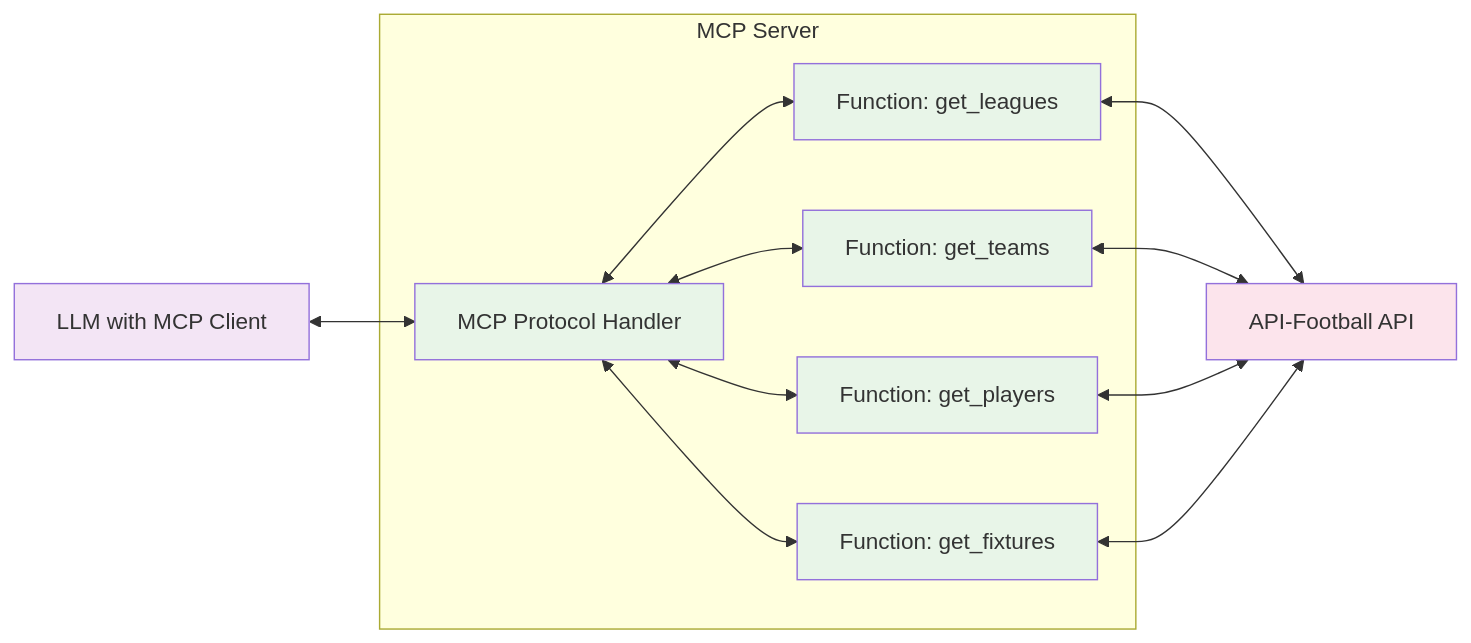
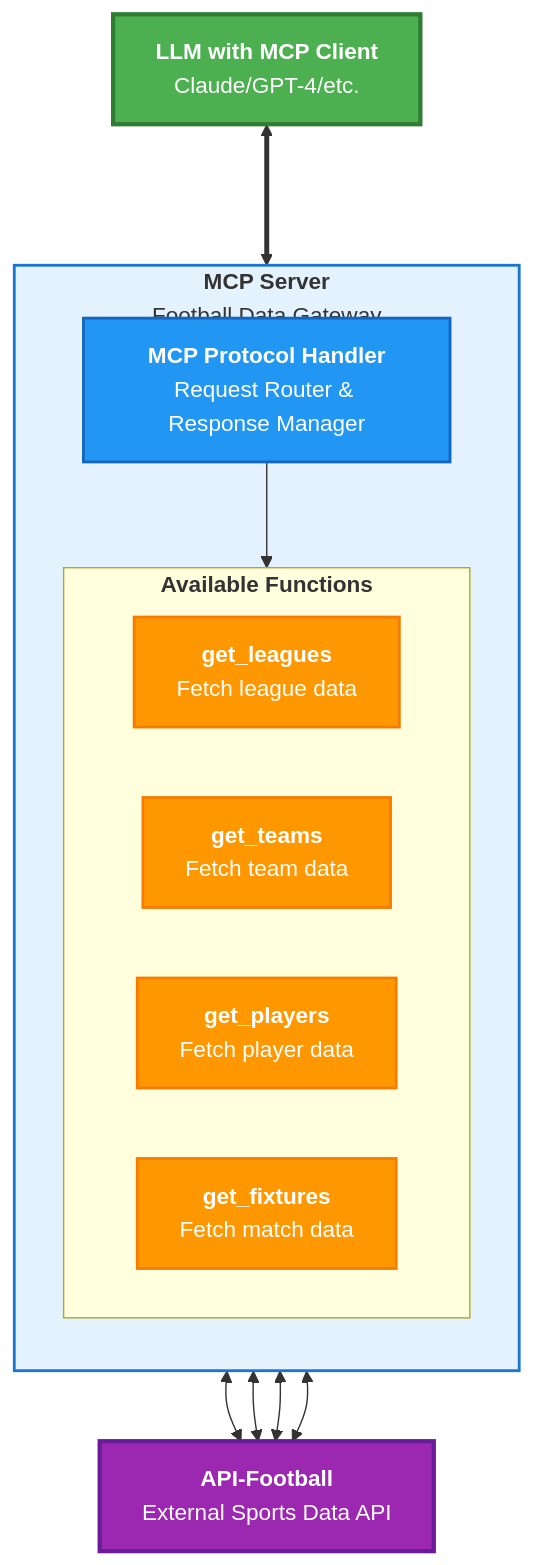
The diagram in README.md (dankniight/api-football-mcp-server), drawn with Mermaid before and after one commit.

Commit message:
made mermaid more readable

````diff
--- a/README.md
+++ b/README.md
@@ -9,36 +9,51 @@
 ```mermaid
-graph LR
-    LLM[LLM with MCP Client]
+graph TD
+    LLM["`**LLM with MCP Client**
+    Claude/GPT-4/etc.`"]
     
-    subgraph Server ["MCP Server"]
-        MCP[MCP Protocol Handler]
-        API1[Function: get_leagues]
-        API2[Function: get_teams] 
-        API3[Function: get_players]
-        API4[Function: get_fixtures]
+    subgraph Server ["`**MCP Server**
+    Football Data Gateway`"]
+        direction TB
+        MCP["`**MCP Protocol Handler**
+        Request Router & Response Manager`"]
+        
+        subgraph Functions ["`**Available Functions**`"]
+            direction LR
+            API1["`**get_leagues**
+            Fetch league data`"]
+            API2["`**get_teams**
+            Fetch team data`"] 
+            API3["`**get_players**
+            Fetch player data`"]
+            API4["`**get_fixtures**
+            Fetch match data`"]
+        end
+        
+        MCP --> Functions
     end
     
-    ExtAPI[API-Football API]
+    ExtAPI["`**API-Football**
+    External Sports Data API`"]
     
-    LLM <--> MCP
-    MCP <--> API1
-    MCP <--> API2
-    MCP <--> API3
-    MCP <--> API4
+    %% Main connections
+    LLM <===> MCP
     
+    %% Function connections to external API
     API1 <--> ExtAPI
     API2 <--> ExtAPI
     API3 <--> ExtAPI
     API4 <--> ExtAPI
     
-    classDef user fill:#e1f5fe
-    classDef llm fill:#f3e5f5
-    classDef mcp fill:#e8f5e8
-    classDef api fill:#fff3e0
-    classDef external fill:#fce4ec
+    %% Styling with improved colors
+    classDef llm fill:#4CAF50,stroke:#2E7D32,stroke-width:3px,color:#fff
+    classDef mcp fill:#2196F3,stroke:#1565C0,stroke-width:2px,color:#fff
+    classDef functions fill:#FF9800,stroke:#F57C00,stroke-width:2px,color:#fff
+    classDef external fill:#9C27B0,stroke:#6A1B9A,stroke-width:3px,color:#fff
+    classDef server fill:#E3F2FD,stroke:#1976D2,stroke-width:2px
     
-    class User user
     class LLM llm
-    class MCP,API1,API2,API3,API4 mcp
+    class MCP mcp
+    class API1,API2,API3,API4 functions
     class ExtAPI external
+    class Server server
 ```
````
